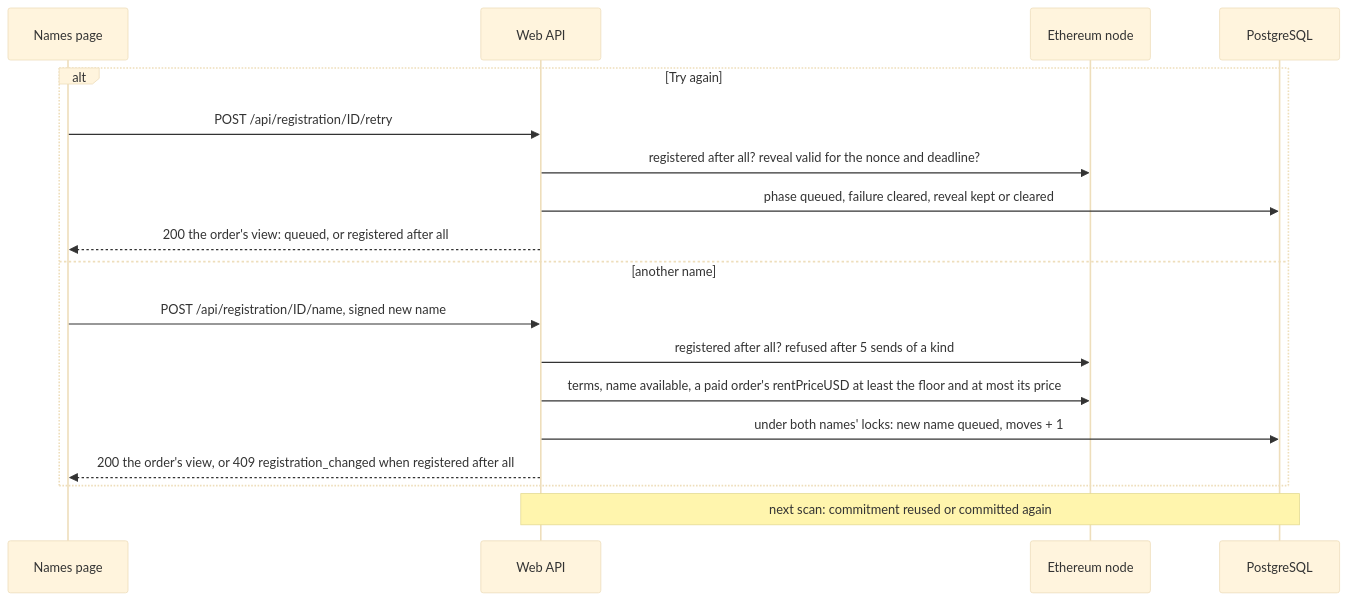
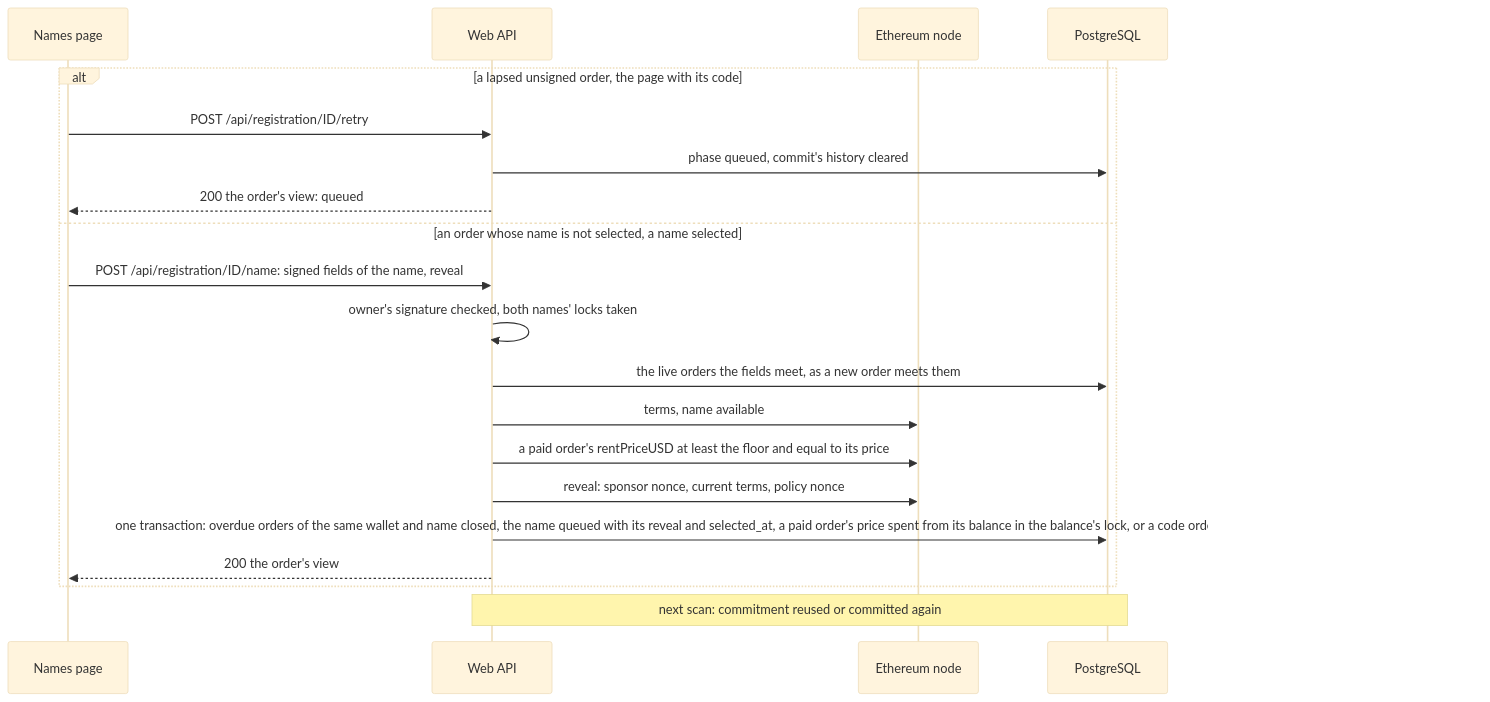
The seventh of 15 diagrams in apps/simplex-store-service/docs/names.md (simplex-chat/simplex-chat), drawn with Mermaid (base theme) before and after one commit. The commit also changed other lines of this file and 207 other files, not shown here.

````diff
--- a/apps/simplex-store-service/docs/names.md
+++ b/apps/simplex-store-service/docs/names.md
@@ -375,20 +409,22 @@
 ```mermaid
 sequenceDiagram
   participant P as Names page
   participant W as Web API
   participant E as Ethereum node
   participant D as PostgreSQL
-  alt Try again
+  alt a lapsed unsigned order, the page with its code
     P->>W: POST /api/registration/ID/retry
-    W->>E: registered after all? reveal valid for the nonce and deadline?
-    W->>D: phase queued, failure cleared, reveal kept or cleared
-    W-->>P: 200 the order's view: queued, or registered after all
-  else another name
-    P->>W: POST /api/registration/ID/name, signed new name
-    W->>E: registered after all? refused after 5 sends of a kind
-    W->>E: terms, name available, a paid order's rentPriceUSD at least the floor and at most its price
-    W->>D: under both names' locks: new name queued, moves + 1
-    W-->>P: 200 the order's view, or 409 registration_changed when registered after all
+    W->>D: phase queued, commit's history cleared
+    W-->>P: 200 the order's view: queued
+  else an order whose name is not selected, a name selected
+    P->>W: POST /api/registration/ID/name: signed fields of the name, reveal
+    W->>W: owner's signature checked, both names' locks taken
+    W->>D: the live orders the fields meet, as a new order meets them
+    W->>E: terms, name available
+    W->>E: a paid order's rentPriceUSD at least the floor and equal to its price
+    W->>E: reveal: sponsor nonce, current terms, policy nonce
+    W->>D: one transaction: overdue orders of the same wallet and name closed, the name queued with its reveal and selected_at, a paid order's price spent from its balance in the balance's lock, or a code order's code checked and reserved in the code's lock
+    W-->>P: 200 the order's view
   end
   Note over W,D: next scan: commitment reused or committed again
 ```
````
